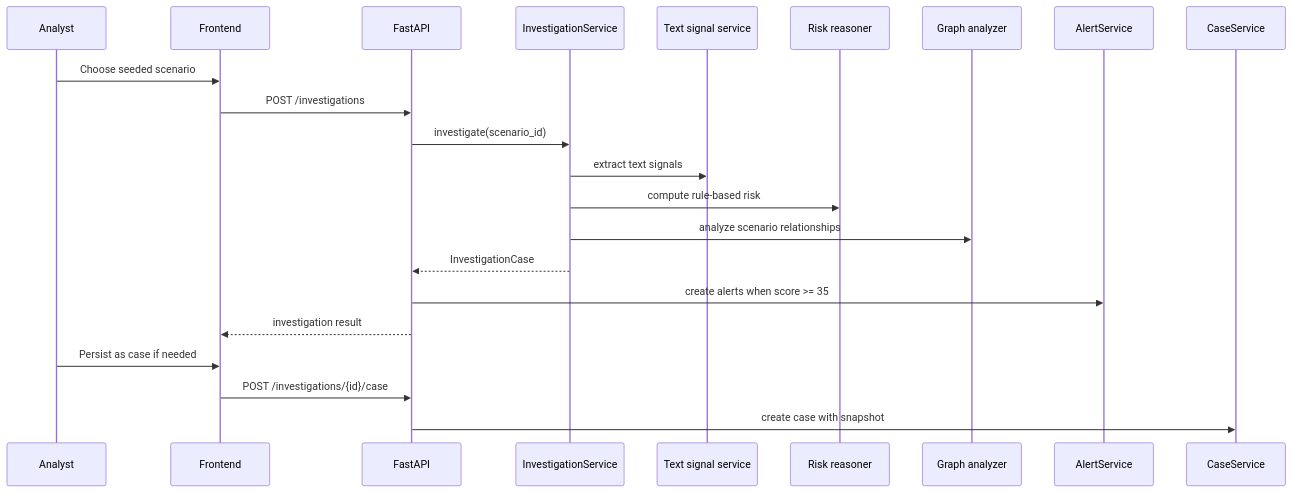
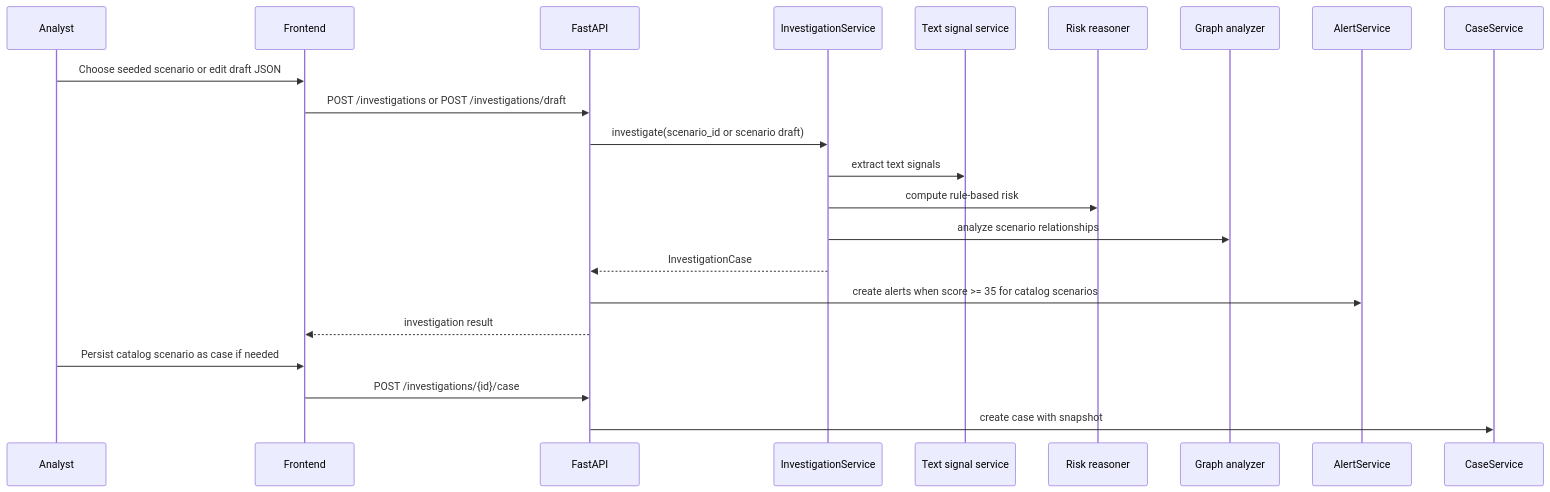
Before and after one commit to rezamirzaei/relational-AI: diagram 13 of 14 in README.md, drawn with Mermaid. The commit also changed other lines of this file and 13 other files, not shown here.

Commit message:
Simplify investigation scenario workflow

````diff
--- a/README.md
+++ b/README.md
@@ -598,25 +603,25 @@
 ```mermaid
 sequenceDiagram
     participant Analyst
     participant UI as Frontend
     participant API as FastAPI
     participant Investigation as InvestigationService
     participant Text as Text signal service
     participant Reasoner as Risk reasoner
     participant Graph as Graph analyzer
     participant Alerts as AlertService
     participant Cases as CaseService
 
-    Analyst->>UI: Choose seeded scenario
-    UI->>API: POST /investigations
-    API->>Investigation: investigate(scenario_id)
+    Analyst->>UI: Choose seeded scenario or edit draft JSON
+    UI->>API: POST /investigations or POST /investigations/draft
+    API->>Investigation: investigate(scenario_id or scenario draft)
     Investigation->>Text: extract text signals
     Investigation->>Reasoner: compute rule-based risk
     Investigation->>Graph: analyze scenario relationships
     Investigation-->>API: InvestigationCase
-    API->>Alerts: create alerts when score >= 35
+    API->>Alerts: create alerts when score >= 35 for catalog scenarios
     API-->>UI: investigation result
-    Analyst->>UI: Persist as case if needed
+    Analyst->>UI: Persist catalog scenario as case if needed
     UI->>API: POST /investigations/{id}/case
     API->>Cases: create case with snapshot
 ```
````
